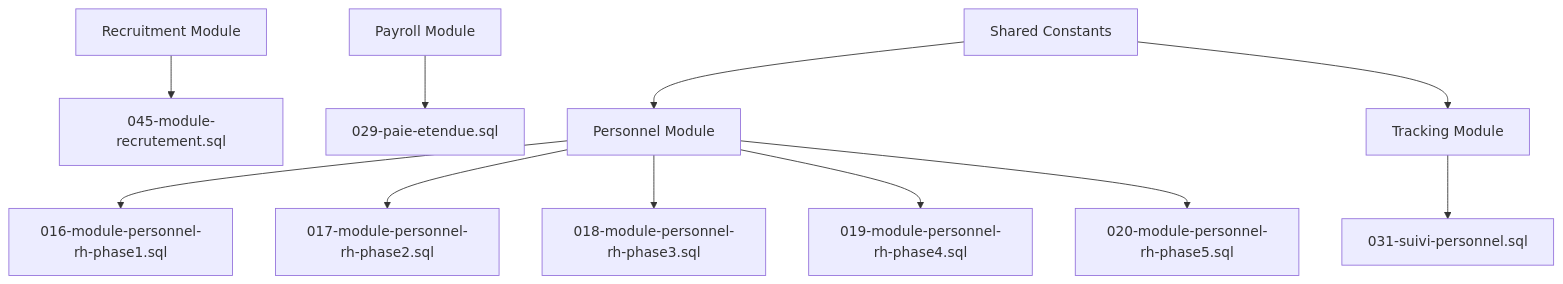
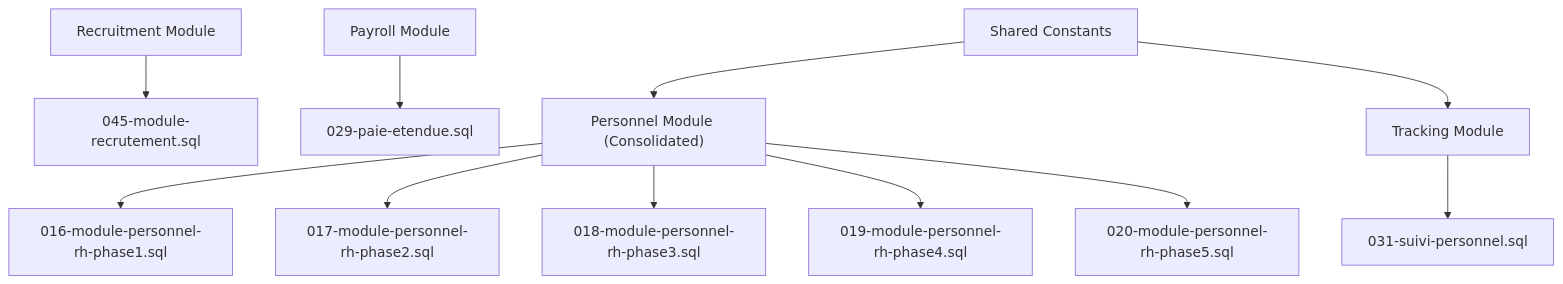
Before and after one commit to franckylab/eLISAschool: the eighth of 8 diagrams in .qoder/repowiki/en/content/API Reference/Human Resources API/Human Resources API.md, drawn with Mermaid. The commit also changed other lines of this file and 85 other files, not shown here.

````diff
--- a/.qoder/repowiki/en/content/API Reference/Human Resources API/Human Resources API.md
+++ b/.qoder/repowiki/en/content/API Reference/Human Resources API/Human Resources API.md
@@ -359,13 +386,13 @@
 ```mermaid
 graph TB
 R["Recruitment Module"] --> MR["045-module-recrutement.sql"]
-P["Personnel Module"] --> MP1["016-module-personnel-rh-phase1.sql"]
+P["Personnel Module (Consolidated)"] --> MP1["016-module-personnel-rh-phase1.sql"]
 P --> MP2["017-module-personnel-rh-phase2.sql"]
 P --> MP3["018-module-personnel-rh-phase3.sql"]
 P --> MP4["019-module-personnel-rh-phase4.sql"]
 P --> MP5["020-module-personnel-rh-phase5.sql"]
 PA["Payroll Module"] --> MPA["029-paie-etendue.sql"]
 S["Tracking Module"] --> MS["031-suivi-personnel.sql"]
 C["Shared Constants"] --> P
 C --> S
 ```
````
